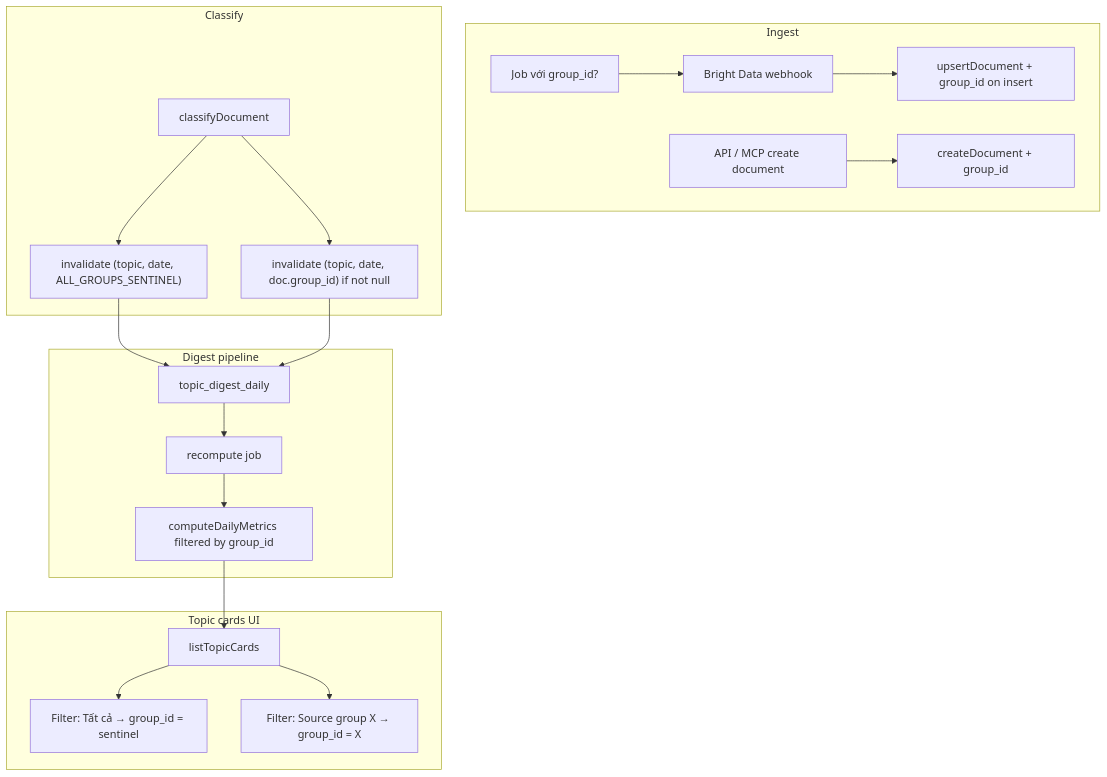
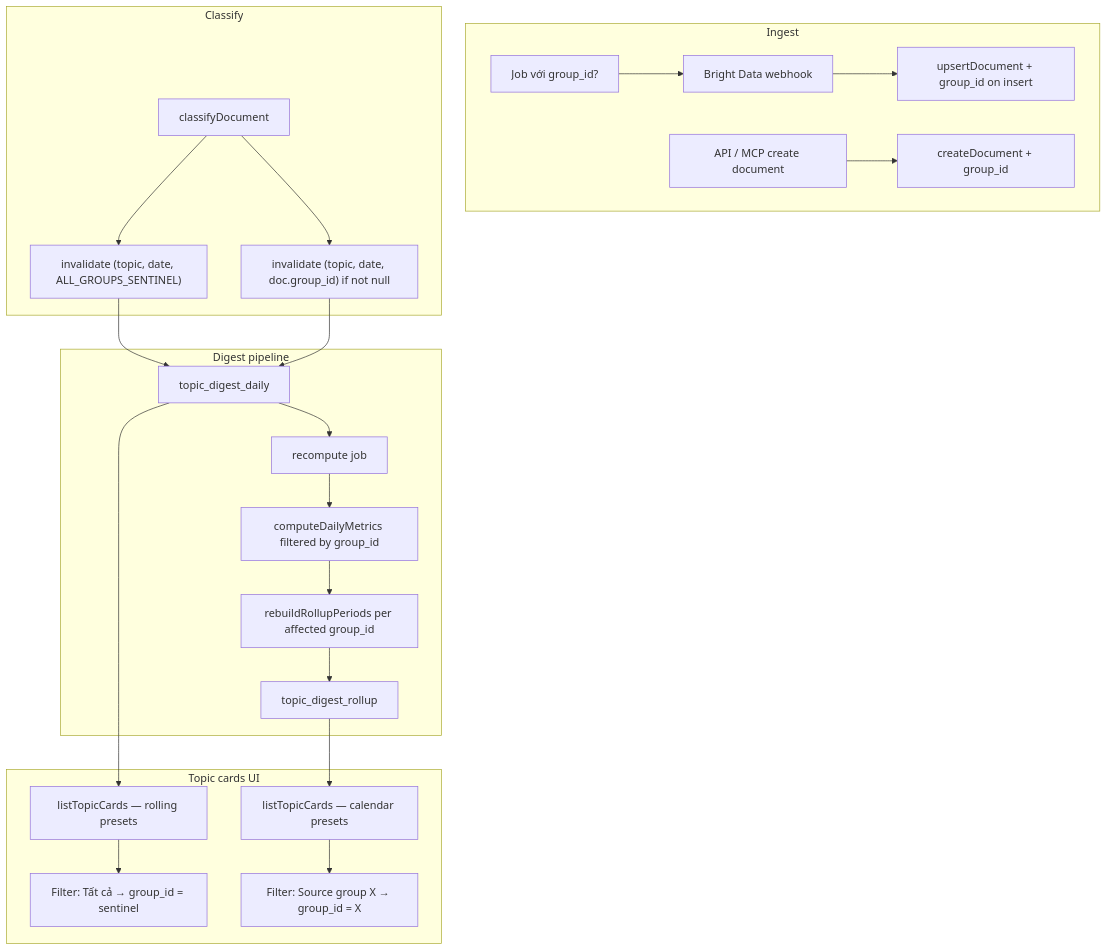
One commit to aduycuong/bnb-listeners changed the diagram in docs/dev/document-groups-plan.md. Above: the diagram before and after it, drawn with Mermaid. The commit also changed other lines of this file and 1 other file, not shown here.

Commit message:
docs: update plan for topic digests

````diff
--- a/docs/dev/document-groups-plan.md
+++ b/docs/dev/document-groups-plan.md
@@ -103,30 +131,33 @@
 ```mermaid
 flowchart TD
   subgraph ingest [Ingest]
     J[Job với group_id?]
     WH[Bright Data webhook]
     API[API / MCP create document]
     J --> WH
     WH --> UD[upsertDocument + group_id on insert]
     API --> CD[createDocument + group_id]
   end
 
   subgraph classify [Classify]
     CL[classifyDocument]
     CL --> INV1["invalidate (topic, date, ALL_GROUPS_SENTINEL)"]
     CL --> INV2["invalidate (topic, date, doc.group_id) if not null"]
   end
 
   subgraph digest [Digest pipeline]
     INV1 --> TDD[topic_digest_daily]
     INV2 --> TDD
     TDD --> RC[recompute job]
     RC --> CM[computeDailyMetrics filtered by group_id]
+    CM --> RR[rebuildRollupPeriods per affected group_id]
+    RR --> TDR[topic_digest_rollup]
   end
 
   subgraph ui [Topic cards UI]
-    CM --> LC[listTopicCards]
-    LC --> ALL["Filter: Tất cả → group_id = sentinel"]
-    LC --> GRP["Filter: Source group X → group_id = X"]
+    TDD --> LC_D["listTopicCards — rolling presets"]
+    TDR --> LC_R["listTopicCards — calendar presets"]
+    LC_D --> ALL["Filter: Tất cả → group_id = sentinel"]
+    LC_R --> GRP["Filter: Source group X → group_id = X"]
   end
 ```
````
